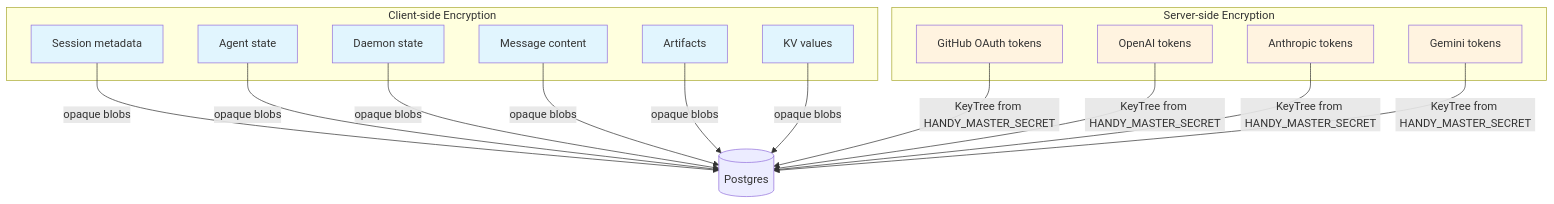
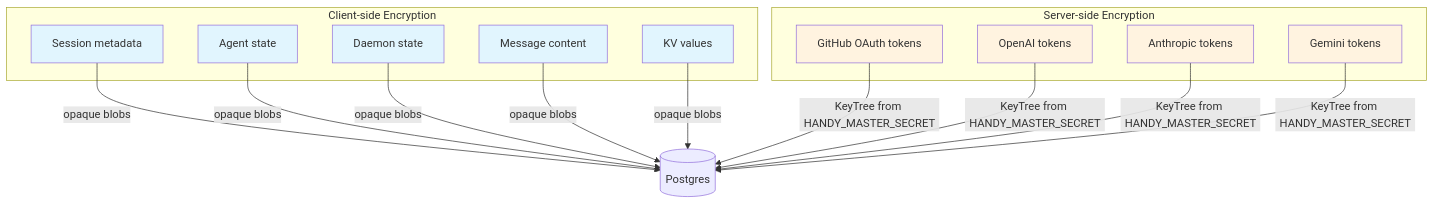
One commit to am6737/happy-next changed the ninth of 9 diagrams in docs/backend-architecture.md. Above: the diagram before and after it, drawn with Mermaid. The commit also changed other lines of this file and 36 other files, not shown here.

````diff
--- a/docs/backend-architecture.md
+++ b/docs/backend-architecture.md
@@ -345,32 +343,30 @@
 ```mermaid
 graph TB
     subgraph "Client-side Encryption"
         C1[Session metadata]
         C2[Agent state]
         C3[Daemon state]
         C4[Message content]
-        C5[Artifacts]
         C6[KV values]
     end
 
     subgraph "Server-side Encryption"
         S1[GitHub OAuth tokens]
         S2[OpenAI tokens]
         S3[Anthropic tokens]
         S4[Gemini tokens]
     end
 
-    C1 & C2 & C3 & C4 & C5 & C6 --> |opaque blobs| DB[(Postgres)]
+    C1 & C2 & C3 & C4 & C6 --> |opaque blobs| DB[(Postgres)]
     S1 & S2 & S3 & S4 --> |KeyTree from HANDY_MASTER_SECRET| DB
 
     style C1 fill:#e1f5fe
     style C2 fill:#e1f5fe
     style C3 fill:#e1f5fe
     style C4 fill:#e1f5fe
-    style C5 fill:#e1f5fe
     style C6 fill:#e1f5fe
     style S1 fill:#fff3e0
     style S2 fill:#fff3e0
     style S3 fill:#fff3e0
     style S4 fill:#fff3e0
 ```
````
